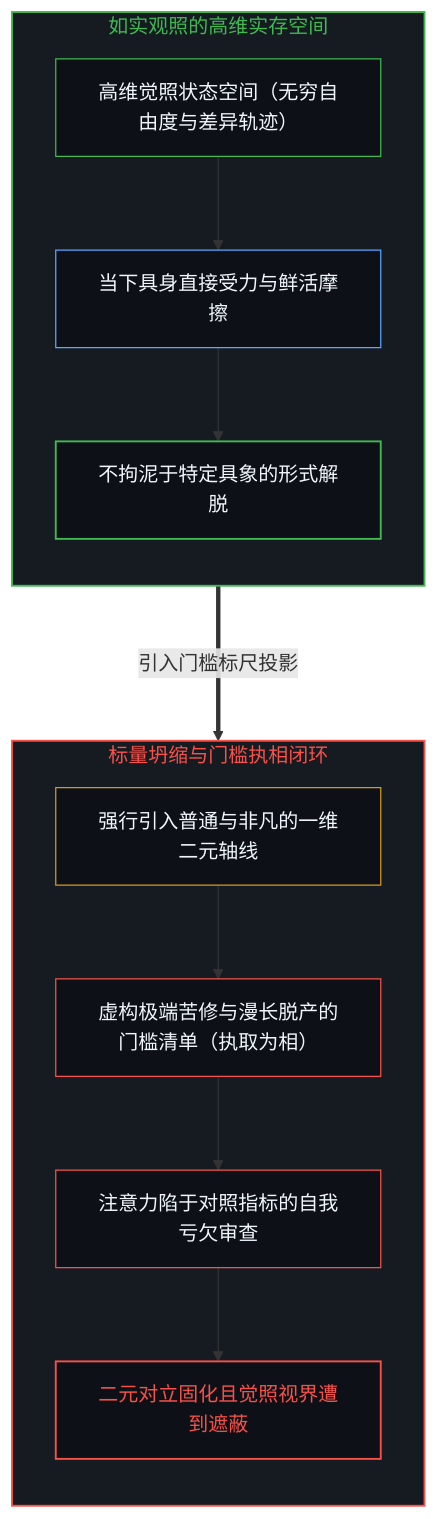
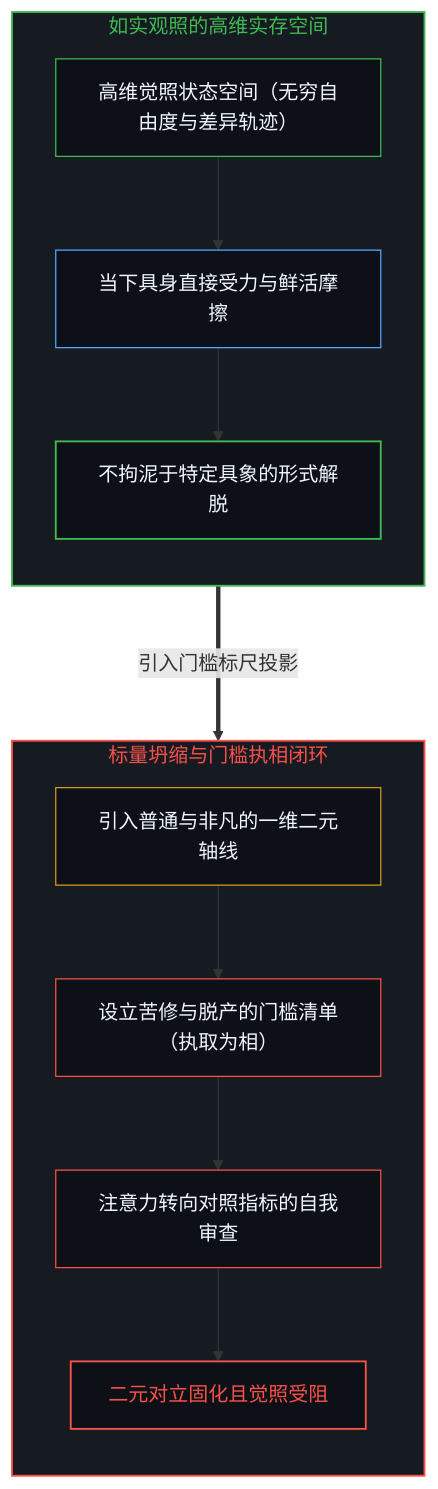
The first of 4 diagrams in content/posts/the-form-of-enlightenment-and-the-inversion-of-gates.md (powerpig99/not-a-toe), drawn with Mermaid before and after one commit. The commit also changed other lines of this file and 2 other files, not shown here.

````diff
--- a/content/posts/the-form-of-enlightenment-and-the-inversion-of-gates.md
+++ b/content/posts/the-form-of-enlightenment-and-the-inversion-of-gates.md
@@ -17,27 +17,27 @@
 ```mermaid
 graph TD
     subgraph S_DirectSeeing ["如实观照的高维实存空间"]
         direction TB
         DS_Infinite["高维觉照状态空间（无穷自由度与差异轨迹）"] --> DS_Present["当下具身直接受力与鲜活摩擦"]
         DS_Present --> DS_Unbound["不拘泥于特定具象的形式解脱"]
     end
 
     subgraph S_FormCollapse ["标量坍缩与门槛执相闭环"]
         direction TB
-        FC_Filter["强行引入普通与非凡的一维二元轴线"] --> FC_Checklist["虚构极端苦修与漫长脱产的门槛清单（执取为相）"]
-        FC_Checklist --> FC_Monitoring["注意力陷于对照指标的自我亏欠审查"]
-        FC_Monitoring --> FC_Lock["二元对立固化且觉照视界遭到遮蔽"]
+        FC_Filter["引入普通与非凡的一维二元轴线"] --> FC_Checklist["设立苦修与脱产的门槛清单（执取为相）"]
+        FC_Checklist --> FC_Monitoring["注意力转向对照指标的自我审查"]
+        FC_Monitoring --> FC_Lock["二元对立固化且觉照受阻"]
     end
 
     DS_Infinite ===>|"引入门槛标尺投影"| FC_Filter
 
     style S_DirectSeeing fill:#161b22,stroke:#3fb950,stroke-width:1.5px,color:#3fb950
     style S_FormCollapse fill:#161b22,stroke:#f85149,stroke-width:1.5px,color:#f85149
     style DS_Infinite fill:#0d1117,stroke:#3fb950,stroke-width:1px,color:#f0f6fc
     style DS_Present fill:#0d1117,stroke:#58a6ff,stroke-width:1px,color:#f0f6fc
     style DS_Unbound fill:#0d1117,stroke:#3fb950,stroke-width:1.5px,color:#f0f6fc
     style FC_Filter fill:#0d1117,stroke:#d29922,stroke-width:1px,color:#f0f6fc
     style FC_Checklist fill:#0d1117,stroke:#f85149,stroke-width:1px,color:#f0f6fc
     style FC_Monitoring fill:#0d1117,stroke:#f85149,stroke-width:1px,color:#f0f6fc
     style FC_Lock fill:#0d1117,stroke:#f85149,stroke-width:1.5px,color:#f85149
 ```
````
